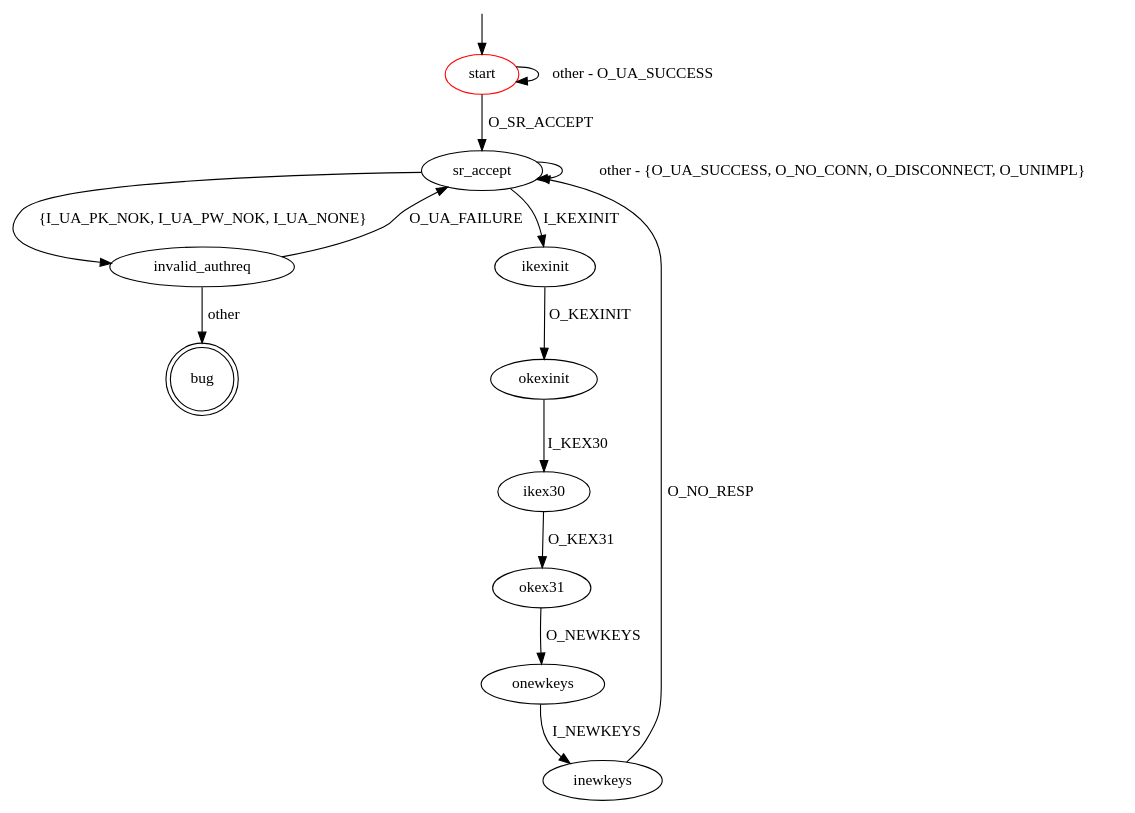
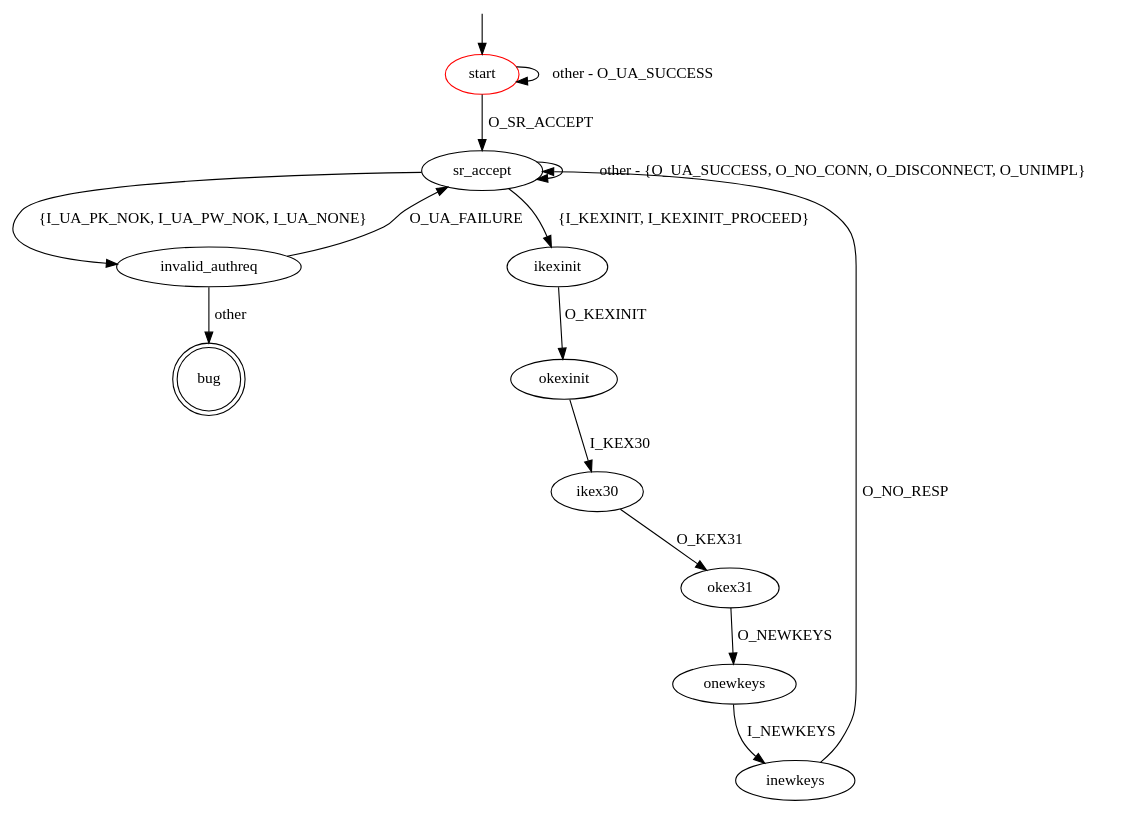
Before and after one commit to assist-project/state-machine-bug-finder: the diagram in src/main/resources/patterns/ssh/invalid_auth_rejection_response.dot, drawn with Graphviz. The commit also changed 2 other files, not shown here.

```diff
--- a/src/main/resources/patterns/ssh/invalid_auth_rejection_response.dot
+++ b/src/main/resources/patterns/ssh/invalid_auth_rejection_response.dot
@@ -1,23 +1,23 @@
 digraph G {
 label=""
 start [color="red"]
 bug [shape="doublecircle"]
 
 start -> sr_accept [label="O_SR_ACCEPT"]
 start -> start [label="other - O_UA_SUCCESS"]
 sr_accept -> invalid_authreq [label="{I_UA_PK_NOK, I_UA_PW_NOK, I_UA_NONE}"]
 sr_accept -> sr_accept [label="other - {O_UA_SUCCESS, O_NO_CONN, O_DISCONNECT, O_UNIMPL}"]
-sr_accept -> ikexinit [label="I_KEXINIT"]
+sr_accept -> ikexinit [label="{I_KEXINIT, I_KEXINIT_PROCEED}"]
 invalid_authreq -> sr_accept [label="O_UA_FAILURE"]
 invalid_authreq -> bug [label="other"]
 
 ikexinit -> okexinit [label="O_KEXINIT"]
 okexinit -> ikex30 [label="I_KEX30"]
 ikex30 -> okex31 [label="O_KEX31"]
 okex31 -> onewkeys [label="O_NEWKEYS"]
 onewkeys -> inewkeys [label="I_NEWKEYS"]
 inewkeys -> sr_accept [label="O_NO_RESP"]
 
 __start0 [label="" shape="none" width="0" height="0"];
 __start0 -> start;
 }
```
